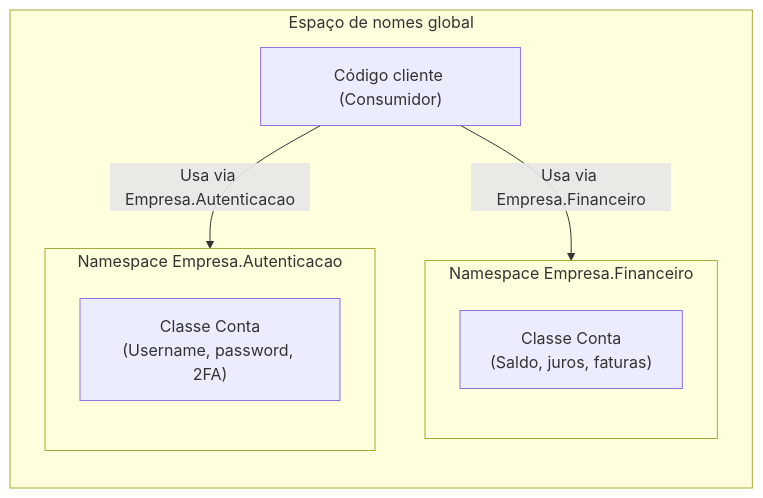
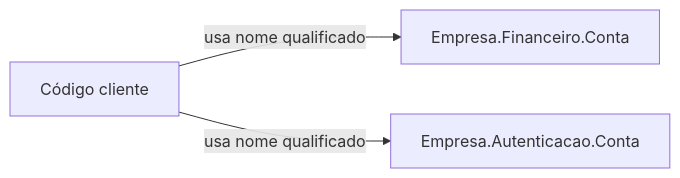
One commit to leorruas/puc changed the first of 3 diagrams in 01. Programacao Modular/14. Namespaces e partial classes (espaços de nomes e modularização em larga escala).md. Above: the diagram before and after it, drawn with Mermaid. The commit also changed other lines of this file, not shown here.

Commit message:
Normaliza Mermaid de namespaces e partial classes

````diff
--- a/01. Programacao Modular/14. Namespaces e partial classes (espaços de nomes e modularização em larga escala).md
+++ b/01. Programacao Modular/14. Namespaces e partial classes (espaços de nomes e modularização em larga escala).md
@@ -37,21 +37,9 @@
 ```mermaid
-flowchart TD
-    subgraph Cidade ["Espaço de nomes global"]
-        direction TB
-        
-        subgraph Financeiro ["Namespace Empresa.Financeiro"]
-            direction TB
-            ContaFin["Classe Conta<br>(Saldo, juros, faturas)"]
-        end
+flowchart LR
+    Cliente["Código cliente"]:::external
+    Financeiro["Empresa.Financeiro.Conta"]:::component
+    Autenticacao["Empresa.Autenticacao.Conta"]:::component
 
-        subgraph Autenticacao ["Namespace Empresa.Autenticacao"]
-            direction TB
-            ContaAuth["Classe Conta<br>(Username, password, 2FA)"]
-        end
-
-        Cliente["Código cliente (Consumidor)"]
-        
-        Cliente -->|Usa via Empresa.Financeiro| ContaFin
-        Cliente -->|Usa via Empresa.Autenticacao| ContaAuth
-    end
+    Cliente -->|"usa nome qualificado"| Financeiro
+    Cliente -->|"usa nome qualificado"| Autenticacao
 ```
````
